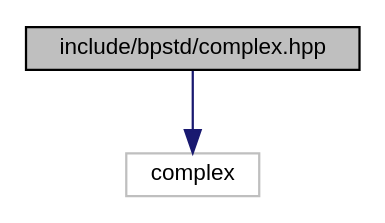
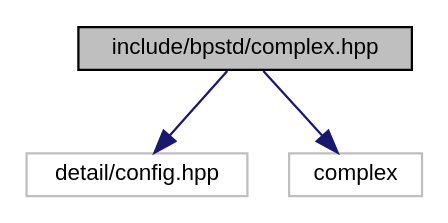
Before and after one commit to bitwizeshift/BackportCpp: the diagram in api/latest/db/de1/complex_8hpp__incl.dot, drawn with Graphviz. The commit also changed 183 other files, not shown here.

```diff
--- a/api/latest/db/de1/complex_8hpp__incl.dot
+++ b/api/latest/db/de1/complex_8hpp__incl.dot
@@ -1,8 +1,10 @@
 digraph "include/bpstd/complex.hpp"
 {
   edge [fontname="Helvetica",fontsize="10",labelfontname="Helvetica",labelfontsize="10"];
   node [fontname="Helvetica",fontsize="10",shape=record];
   Node0 [label="include/bpstd/complex.hpp",height=0.2,width=0.4,color="black", fillcolor="grey75", style="filled", fontcolor="black"];
   Node0 -> Node1 [color="midnightblue",fontsize="10",style="solid",fontname="Helvetica"];
-  Node1 [label="complex",height=0.2,width=0.4,color="grey75", fillcolor="white", style="filled"];
+  Node1 [label="detail/config.hpp",height=0.2,width=0.4,color="grey75", fillcolor="white", style="filled"];
+  Node0 -> Node2 [color="midnightblue",fontsize="10",style="solid",fontname="Helvetica"];
+  Node2 [label="complex",height=0.2,width=0.4,color="grey75", fillcolor="white", style="filled"];
 }
```
